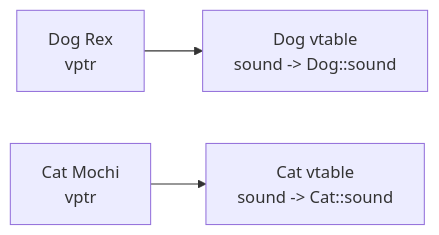
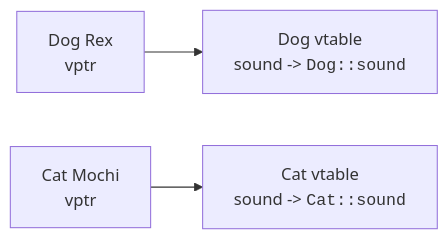
The second of 2 diagrams in content/learn/from-zero-to-cpp/inheritance-and-polymorphism.mdx (dataslope/dataslope), drawn with Mermaid before and after one commit. The commit also changed 153 other files, not shown here.

First line of the commit message:
Render code-only mermaid shapes in monospace; convert step sequences to Steps

````diff
--- a/content/learn/from-zero-to-cpp/inheritance-and-polymorphism.mdx
+++ b/content/learn/from-zero-to-cpp/inheritance-and-polymorphism.mdx
@@ -128,5 +128,5 @@
 ```mermaid
 flowchart LR
-    O1[Dog Rex<br/>vptr] --> VTD[Dog vtable<br/>sound -> Dog::sound]
-    O2[Cat Mochi<br/>vptr] --> VTC[Cat vtable<br/>sound -> Cat::sound]
+    O1[Dog Rex<br/>vptr] --> VTD["Dog vtable<br/>sound -> <code>Dog::sound</code>"]
+    O2[Cat Mochi<br/>vptr] --> VTC["Cat vtable<br/>sound -> <code>Cat::sound</code>"]
 ```
````
